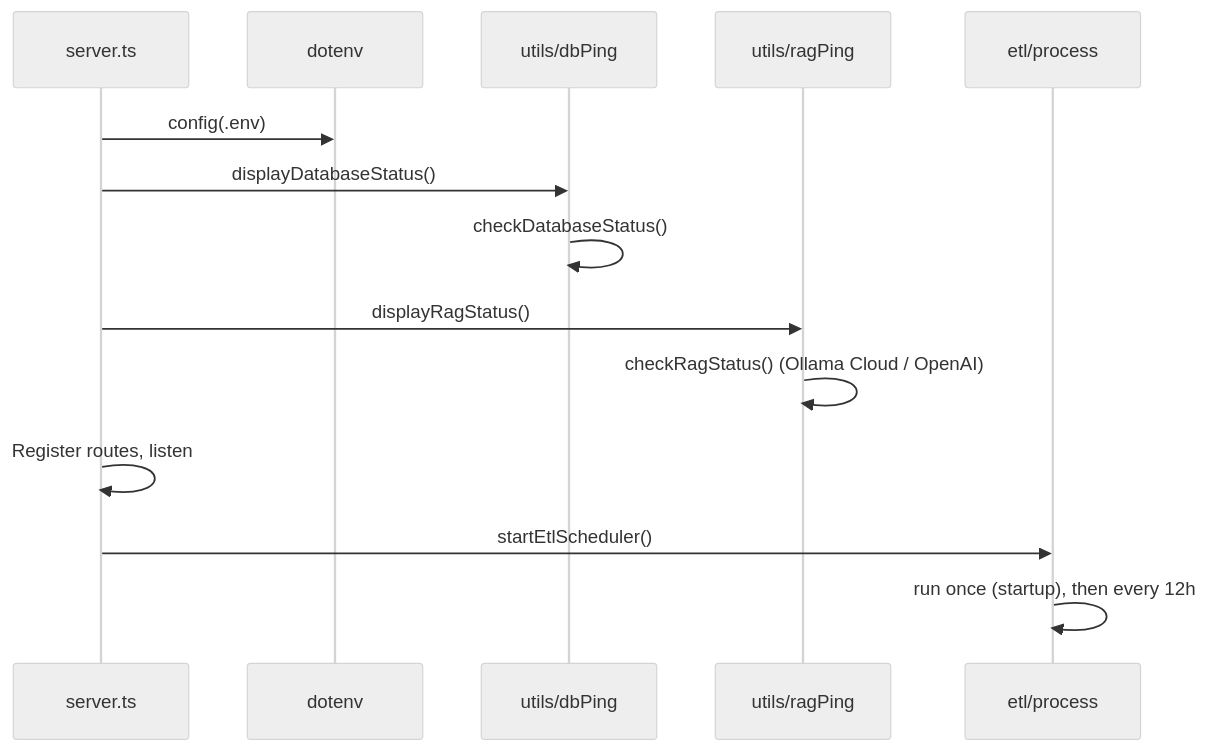
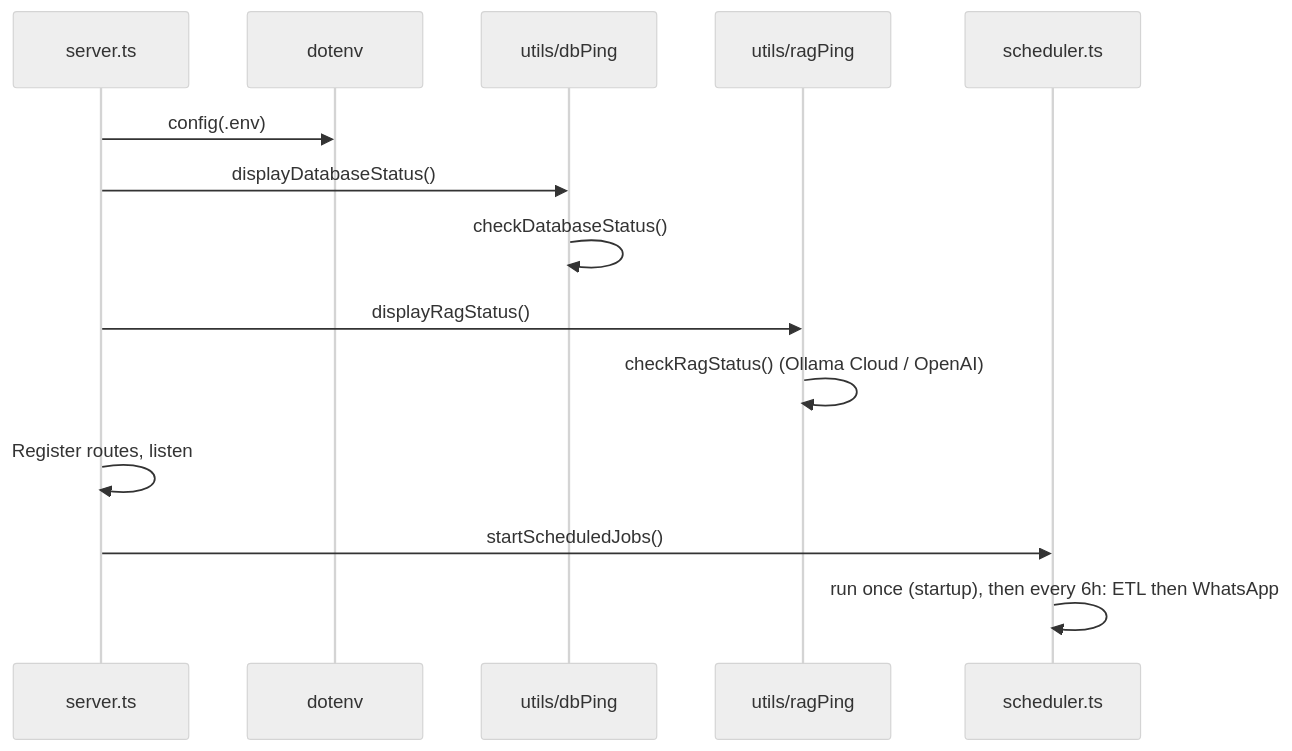
One commit to sorocode-comunidade/swanytello changed the sixth of 7 diagrams in docs/project_structure/project-structure.md. Above: the diagram before and after it, drawn with Mermaid (neutral theme). The commit also changed other lines of this file and 9 other files, not shown here.

Commit message:
added a scheduler to auto send the open positions and run the ETL process every 6hs

````diff
--- a/docs/project_structure/project-structure.md
+++ b/docs/project_structure/project-structure.md
@@ -249,17 +249,17 @@
 ```mermaid
 sequenceDiagram
   participant Server as server.ts
   participant Dotenv as dotenv
   participant DBPing as utils/dbPing
   participant RAGPing as utils/ragPing
-  participant ETL as etl/process
+  participant Scheduler as scheduler.ts
 
   Server->>Dotenv: config(.env)
   Server->>DBPing: displayDatabaseStatus()
   DBPing->>DBPing: checkDatabaseStatus()
   Server->>RAGPing: displayRagStatus()
   RAGPing->>RAGPing: checkRagStatus() (Ollama Cloud / OpenAI)
   Server->>Server: Register routes, listen
-  Server->>ETL: startEtlScheduler()
-  ETL->>ETL: run once (startup), then every 12h
+  Server->>Scheduler: startScheduledJobs()
+  Scheduler->>Scheduler: run once (startup), then every 6h: ETL then WhatsApp
 ```
````
